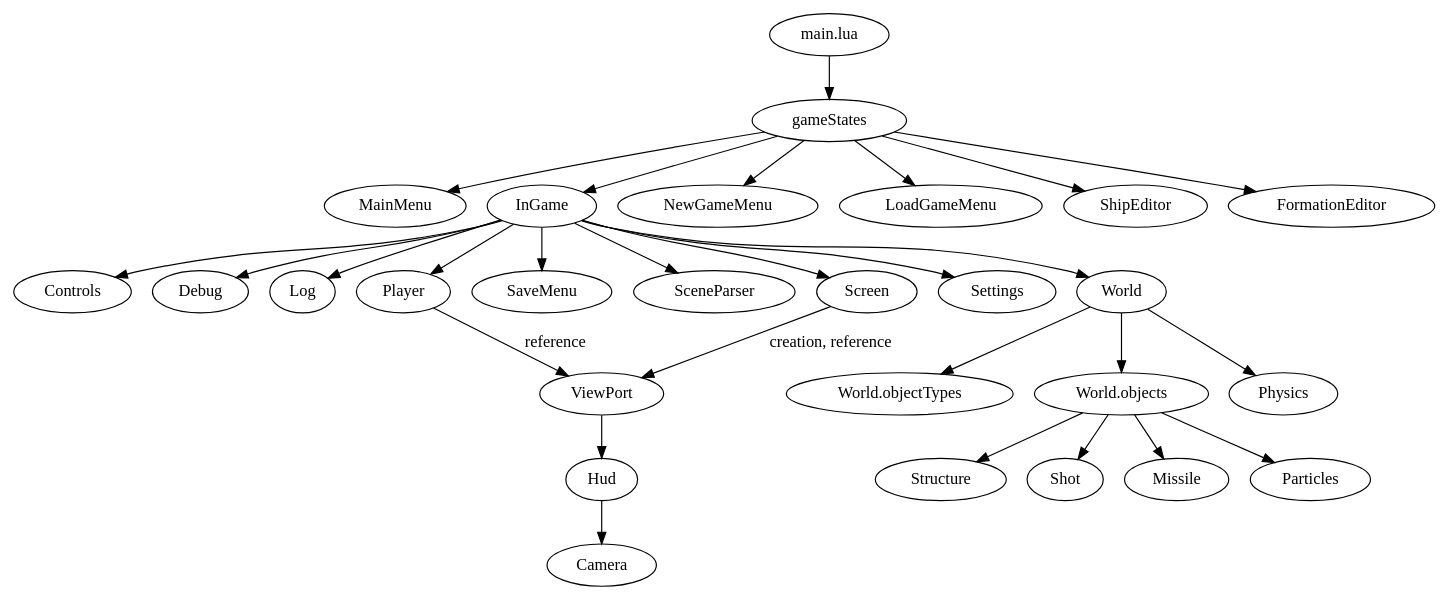
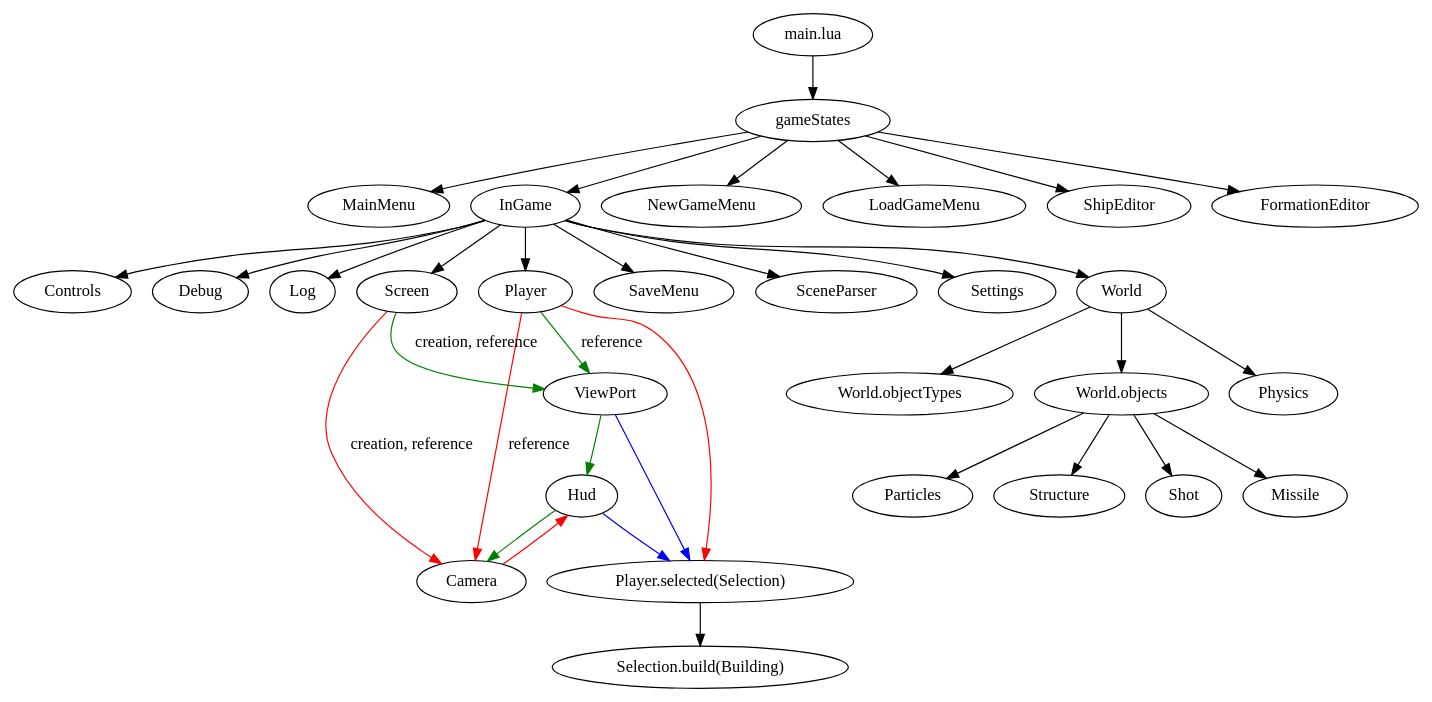
Before and after one commit to synthein/synthein: the diagram in docs/data_tree.dot, drawn with Graphviz.

Commit message:
Add screen tree potential changes.

```diff
--- a/docs/data_tree.dot
+++ b/docs/data_tree.dot
@@ -1,42 +1,54 @@
 digraph {
 	main [label = "main.lua"]
 	main -> gameStates
 	
 	gameStates -> MainMenu
 	gameStates -> InGame
 	gameStates -> NewGameMenu
 	gameStates -> LoadGameMenu
 	gameStates -> ShipEditor
 	gameStates -> FormationEditor
 
 	InGame -> Controls
 	InGame -> Debug
 	InGame -> Log
 	InGame -> Player
 	InGame -> SaveMenu
 	InGame -> SceneParser
 	InGame -> Screen
 	InGame -> Settings
 	InGame -> World
 	
-	Player -> ViewPort [label = "reference"]
+	Player -> ViewPort [label = "reference" color="green"]
+	Player -> Camera [label = "reference" color="red"]
+	Player -> Player_selected [color="red"]
 	
-	Screen -> ViewPort [label = "creation, reference"]
+	Player_selected [label = "Player.selected(Selection)"]
+	Player_selected -> Selection_build
 	
-	ViewPort -> Hud
+	Selection_build [label = "Selection.build(Building)"]
 	
-	Hud -> Camera
+	Screen -> ViewPort [label = "creation, reference" color="green"]
+	Screen -> Camera [label = "creation, reference" color="red"]
+	
+	ViewPort -> Hud [color="green"]
+	ViewPort -> Player_selected [color="blue"]
+	
+	Hud -> Camera [color="green"]
+	Hud -> Player_selected [color="blue"]
+	
+	Camera -> Hud [color="red"]
 	
 	World -> World_objectTypes
 	World -> World_objects
 	World -> Physics
 	
 	World_objectTypes [label = "World.objectTypes"]
 	
 	World_objects [label = "World.objects"]
 	World_objects -> Structure
 	World_objects -> Shot
 	World_objects -> Missile
 	World_objects -> Particles
 	
 }
```
